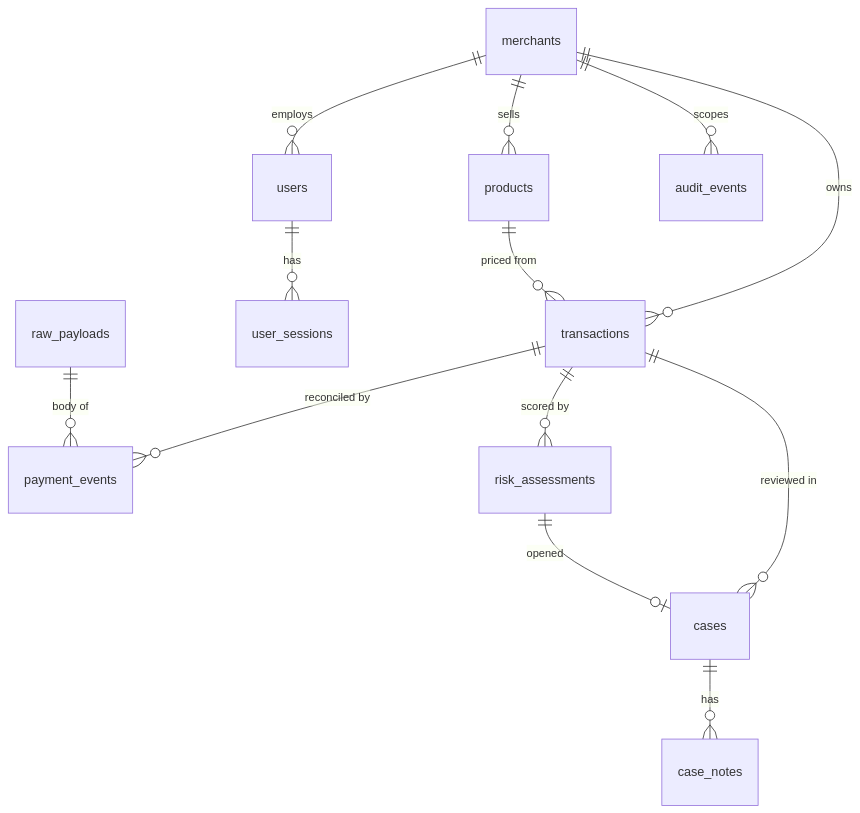
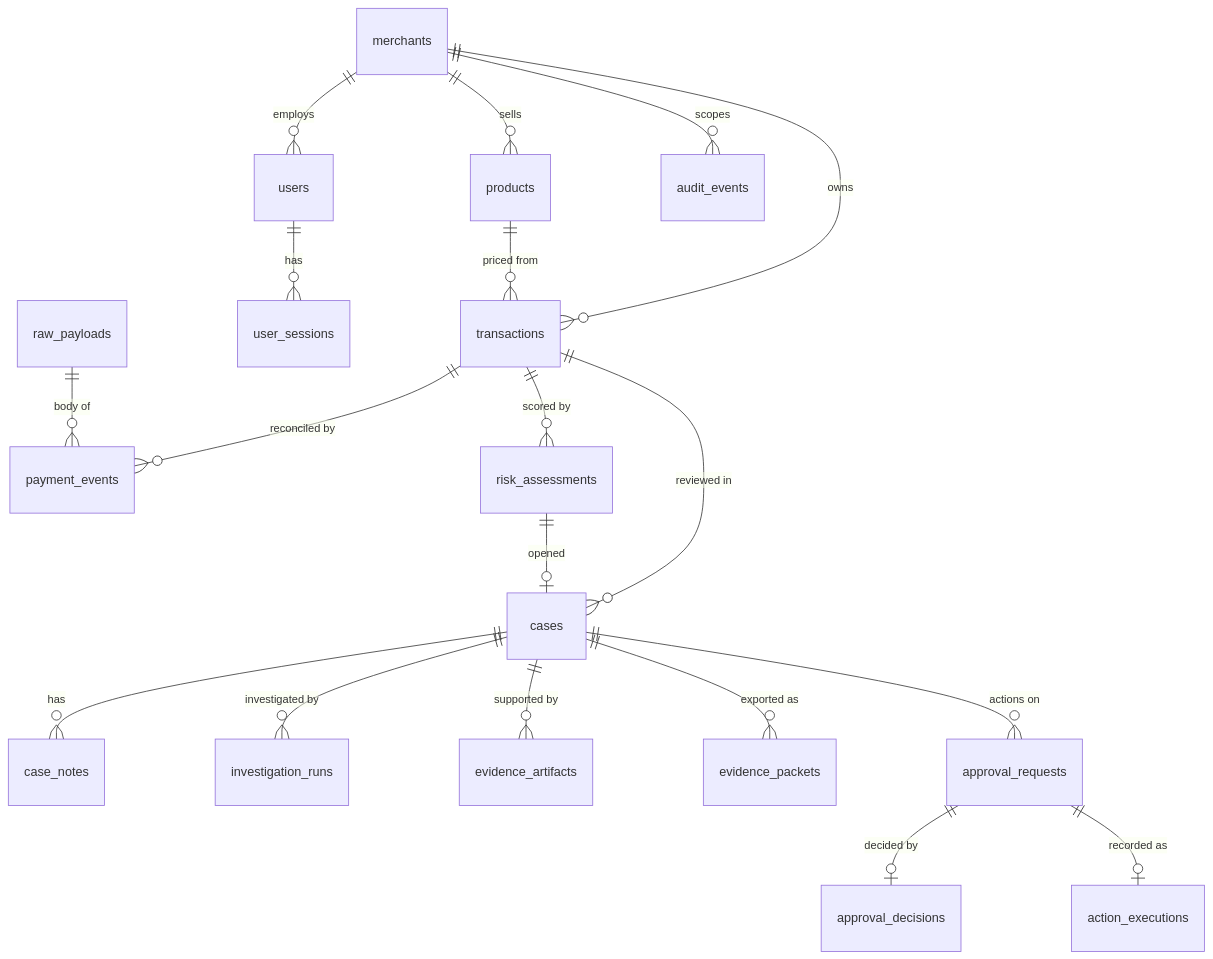
One commit to harshjha15335/SENTINEL- changed the diagram in docs/DATABASE_SCHEMA.md. Above: the diagram before and after it, drawn with Mermaid. The commit also changed other lines of this file and 8 other files, not shown here.

````diff
--- a/docs/DATABASE_SCHEMA.md
+++ b/docs/DATABASE_SCHEMA.md
@@ -7,15 +9,21 @@
 ```mermaid
 erDiagram
   merchants ||--o{ users : employs
   merchants ||--o{ products : sells
   merchants ||--o{ transactions : owns
   users ||--o{ user_sessions : has
   products ||--o{ transactions : "priced from"
   transactions ||--o{ payment_events : "reconciled by"
   raw_payloads ||--o{ payment_events : "body of"
   merchants ||--o{ audit_events : scopes
   transactions ||--o{ risk_assessments : "scored by"
   transactions ||--o{ cases : "reviewed in"
   risk_assessments ||--o| cases : "opened"
   cases ||--o{ case_notes : has
+  cases ||--o{ investigation_runs : "investigated by"
+  cases ||--o{ evidence_artifacts : "supported by"
+  cases ||--o{ evidence_packets : "exported as"
+  cases ||--o{ approval_requests : "actions on"
+  approval_requests ||--o| approval_decisions : "decided by"
+  approval_requests ||--o| action_executions : "recorded as"
 ```
````
